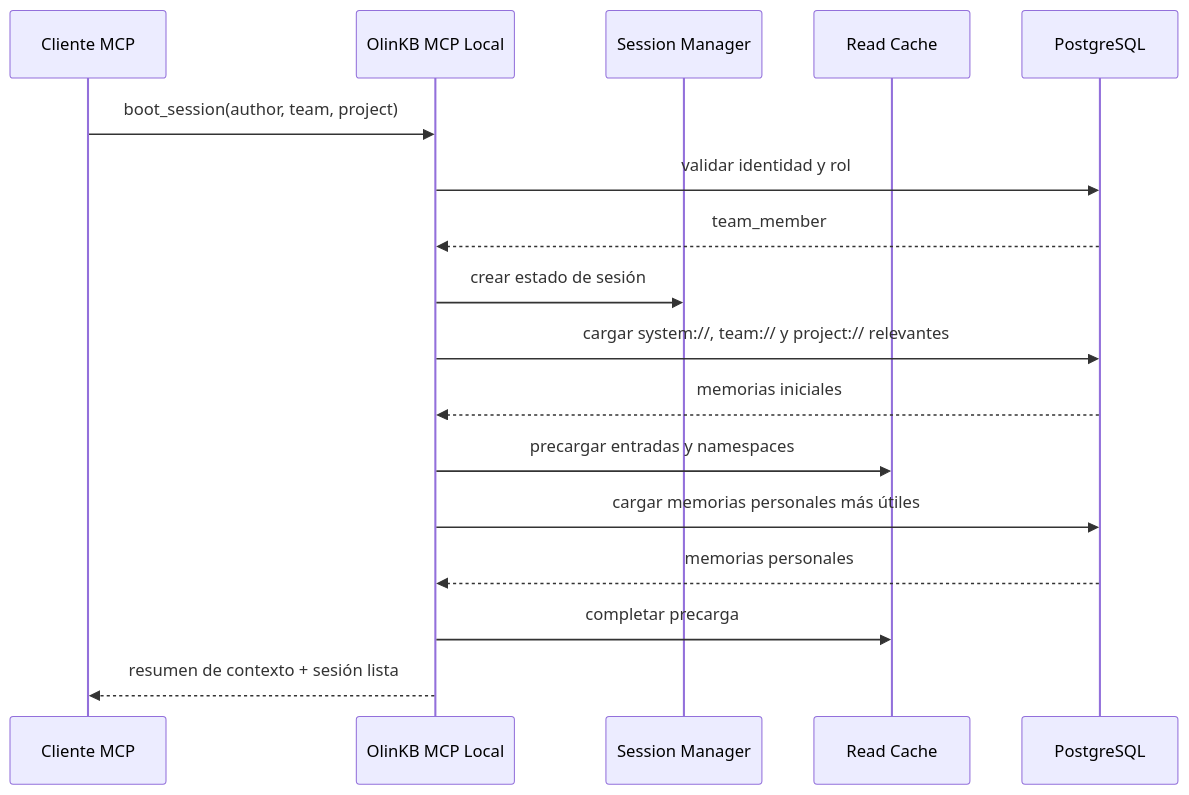
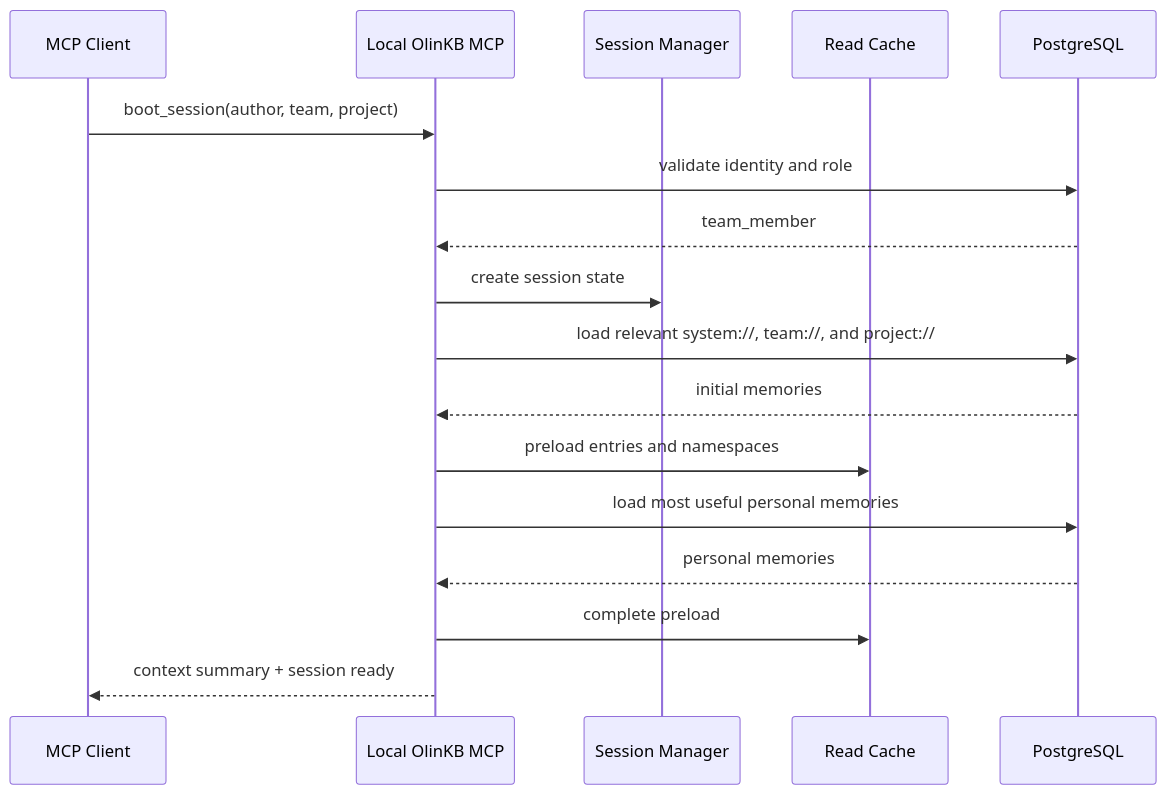
Before and after one commit to rzjulio/olinkb: the fourth of 6 diagrams in docs/olinkb-arquitectura-c4.md, drawn with Mermaid. The commit also changed other lines of this file and 22 other files, not shown here.

````diff
--- a/docs/olinkb-arquitectura-c4.md
+++ b/docs/olinkb-arquitectura-c4.md
@@ -149,20 +149,20 @@
 ```mermaid
 sequenceDiagram
-    participant IDE as Cliente MCP
-    participant MCP as OlinKB MCP Local
+    participant IDE as MCP Client
+    participant MCP as Local OlinKB MCP
     participant SESSION as Session Manager
     participant CACHE as Read Cache
     participant PG as PostgreSQL
 
     IDE->>MCP: boot_session(author, team, project)
-    MCP->>PG: validar identidad y rol
+    MCP->>PG: validate identity and role
     PG-->>MCP: team_member
-    MCP->>SESSION: crear estado de sesión
-    MCP->>PG: cargar system://, team:// y project:// relevantes
-    PG-->>MCP: memorias iniciales
-    MCP->>CACHE: precargar entradas y namespaces
-    MCP->>PG: cargar memorias personales más útiles
-    PG-->>MCP: memorias personales
-    MCP->>CACHE: completar precarga
-    MCP-->>IDE: resumen de contexto + sesión lista
+    MCP->>SESSION: create session state
+    MCP->>PG: load relevant system://, team://, and project://
+    PG-->>MCP: initial memories
+    MCP->>CACHE: preload entries and namespaces
+    MCP->>PG: load most useful personal memories
+    PG-->>MCP: personal memories
+    MCP->>CACHE: complete preload
+    MCP-->>IDE: context summary + session ready
 ```
````
